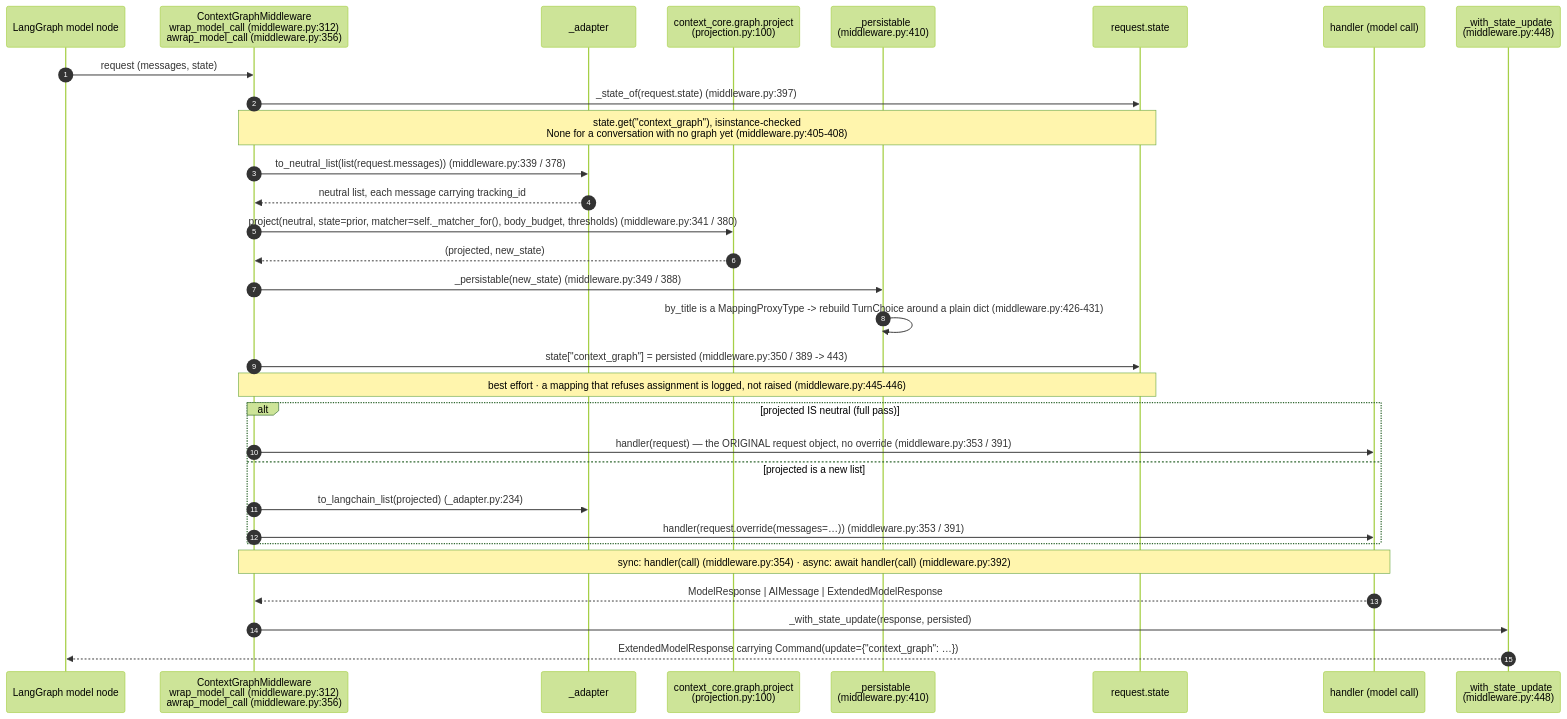
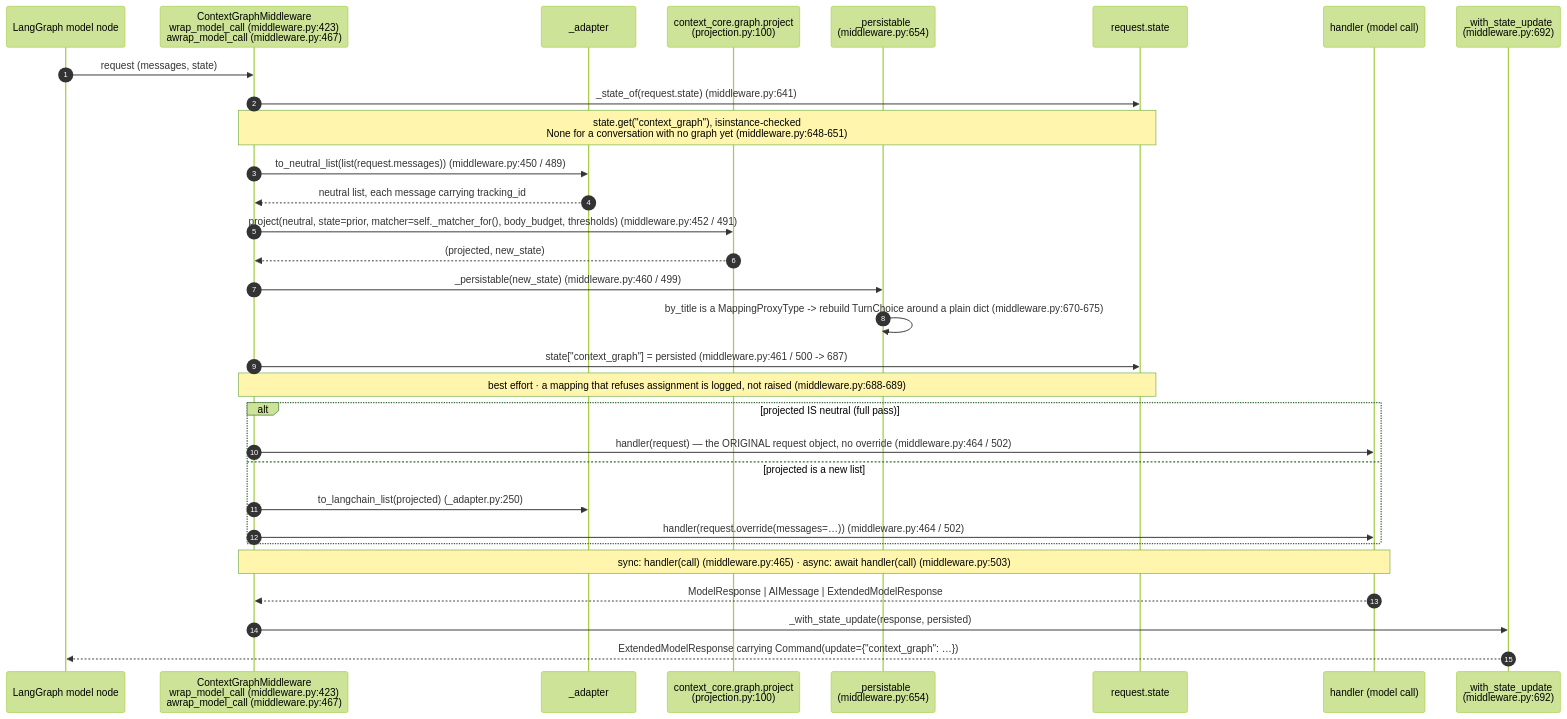
The first of 7 diagrams in docs/design/sequence/langgraph/sequence-d-context-graph.md (aws-samples/sample-context-engineering), drawn with Mermaid (forest theme) before and after one commit. The commit also changed other lines of this file and 8 other files, not shown here.

````diff
--- a/docs/design/sequence/langgraph/sequence-d-context-graph.md
+++ b/docs/design/sequence/langgraph/sequence-d-context-graph.md
@@ -192,35 +302,35 @@
 ```mermaid
 sequenceDiagram
     autonumber
     participant LG as LangGraph model node
-    participant MW as ContextGraphMiddleware<br/>wrap_model_call (middleware.py:312)<br/>awrap_model_call (middleware.py:356)
+    participant MW as ContextGraphMiddleware<br/>wrap_model_call (middleware.py:423)<br/>awrap_model_call (middleware.py:467)
     participant AD as _adapter
     participant CORE as context_core.graph.project<br/>(projection.py:100)
-    participant PERS as _persistable<br/>(middleware.py:410)
+    participant PERS as _persistable<br/>(middleware.py:654)
     participant ST as request.state
     participant H as handler (model call)
-    participant WS as _with_state_update<br/>(middleware.py:448)
+    participant WS as _with_state_update<br/>(middleware.py:692)
 
     LG->>MW: request (messages, state)
-    MW->>ST: _state_of(request.state) (middleware.py:397)
-    Note over ST,MW: state.get("context_graph"), isinstance-checked<br/>None for a conversation with no graph yet (middleware.py:405-408)
-    MW->>AD: to_neutral_list(list(request.messages)) (middleware.py:339 / 378)
+    MW->>ST: _state_of(request.state) (middleware.py:641)
+    Note over ST,MW: state.get("context_graph"), isinstance-checked<br/>None for a conversation with no graph yet (middleware.py:648-651)
+    MW->>AD: to_neutral_list(list(request.messages)) (middleware.py:450 / 489)
     AD-->>MW: neutral list, each message carrying tracking_id
-    MW->>CORE: project(neutral, state=prior, matcher=self._matcher_for(), body_budget, thresholds) (middleware.py:341 / 380)
+    MW->>CORE: project(neutral, state=prior, matcher=self._matcher_for(), body_budget, thresholds) (middleware.py:452 / 491)
     CORE-->>MW: (projected, new_state)
-    MW->>PERS: _persistable(new_state) (middleware.py:349 / 388)
-    PERS->>PERS: by_title is a MappingProxyType -> rebuild TurnChoice around a plain dict (middleware.py:426-431)
-    MW->>ST: state["context_graph"] = persisted (middleware.py:350 / 389 -> 443)
-    Note over MW,ST: best effort · a mapping that refuses assignment is logged, not raised (middleware.py:445-446)
+    MW->>PERS: _persistable(new_state) (middleware.py:460 / 499)
+    PERS->>PERS: by_title is a MappingProxyType -> rebuild TurnChoice around a plain dict (middleware.py:670-675)
+    MW->>ST: state["context_graph"] = persisted (middleware.py:461 / 500 -> 687)
+    Note over MW,ST: best effort · a mapping that refuses assignment is logged, not raised (middleware.py:688-689)
 
     alt projected IS neutral (full pass)
-        MW->>H: handler(request) — the ORIGINAL request object, no override (middleware.py:353 / 391)
+        MW->>H: handler(request) — the ORIGINAL request object, no override (middleware.py:464 / 502)
     else projected is a new list
-        MW->>AD: to_langchain_list(projected) (_adapter.py:234)
-        MW->>H: handler(request.override(messages=…)) (middleware.py:353 / 391)
+        MW->>AD: to_langchain_list(projected) (_adapter.py:250)
+        MW->>H: handler(request.override(messages=…)) (middleware.py:464 / 502)
     end
-    Note over MW,H: sync: handler(call) (middleware.py:354) · async: await handler(call) (middleware.py:392)
+    Note over MW,H: sync: handler(call) (middleware.py:465) · async: await handler(call) (middleware.py:503)
     H-->>MW: ModelResponse | AIMessage | ExtendedModelResponse
     MW->>WS: _with_state_update(response, persisted)
     WS-->>LG: ExtendedModelResponse carrying Command(update={"context_graph": …})
 ```
````
